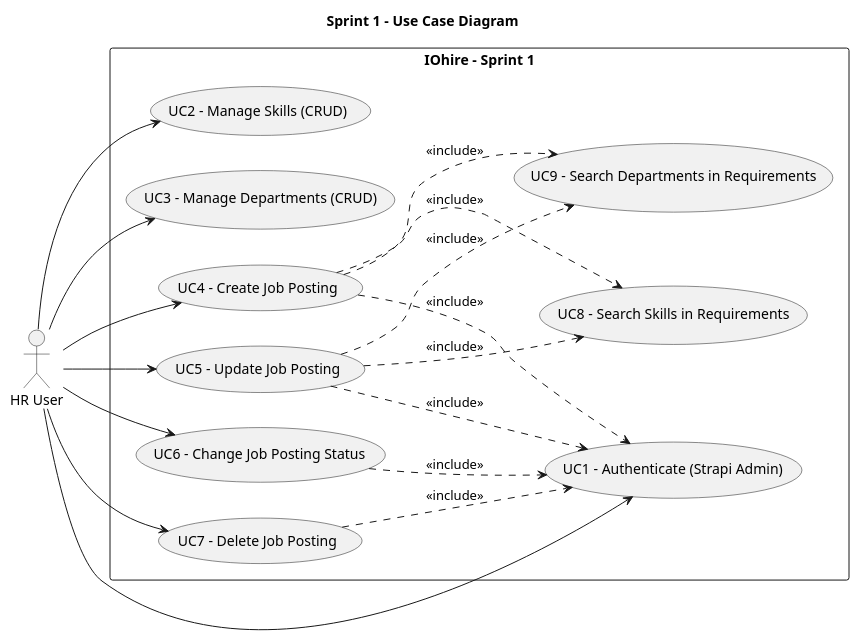
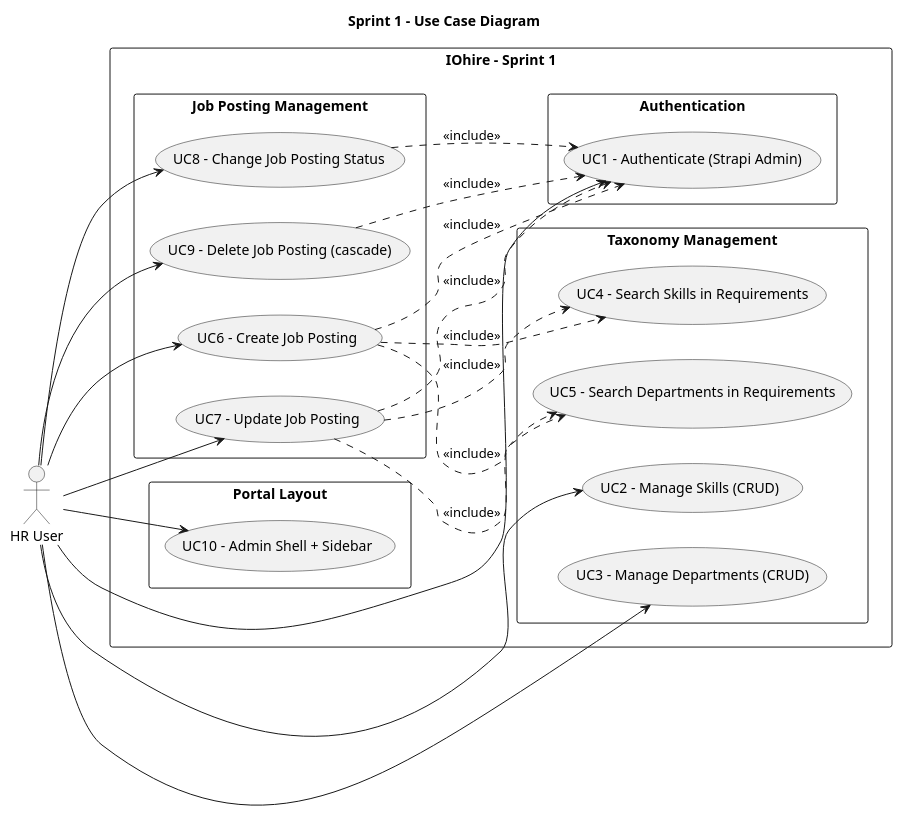
One commit to OussamaRhimi/IOhire changed the diagram in docs/uml/sprint1_usecase.puml. Above: the diagram before and after it, drawn with PlantUML. The commit also changed 25 other files, not shown here.

```diff
--- a/docs/uml/sprint1_usecase.puml
+++ b/docs/uml/sprint1_usecase.puml
@@ -1,38 +1,51 @@
 @startuml
 title Sprint 1 - Use Case Diagram
 left to right direction
 skinparam packageStyle rectangle
 skinparam shadowing false
 
 actor "HR User" as HR
 
 rectangle "IOhire - Sprint 1" {
-  usecase "UC1 - Authenticate (Strapi Admin)" as UC1
-  usecase "UC2 - Manage Skills (CRUD)" as UC2
-  usecase "UC3 - Manage Departments (CRUD)" as UC3
-  usecase "UC4 - Create Job Posting" as UC4
-  usecase "UC5 - Update Job Posting" as UC5
-  usecase "UC6 - Change Job Posting Status" as UC6
-  usecase "UC7 - Delete Job Posting" as UC7
-  usecase "UC8 - Search Skills in Requirements" as UC8
-  usecase "UC9 - Search Departments in Requirements" as UC9
+  package "Authentication" {
+    usecase "UC1 - Authenticate (Strapi Admin)" as UC1
+  }
+
+  package "Taxonomy Management" {
+    usecase "UC2 - Manage Skills (CRUD)" as UC2
+    usecase "UC3 - Manage Departments (CRUD)" as UC3
+    usecase "UC4 - Search Skills in Requirements" as UC4
+    usecase "UC5 - Search Departments in Requirements" as UC5
+  }
+
+  package "Job Posting Management" {
+    usecase "UC6 - Create Job Posting" as UC6
+    usecase "UC7 - Update Job Posting" as UC7
+    usecase "UC8 - Change Job Posting Status" as UC8
+    usecase "UC9 - Delete Job Posting (cascade)" as UC9
+  }
+
+  package "Portal Layout" {
+    usecase "UC10 - Admin Shell + Sidebar" as UC10
+  }
 }
 
 HR --> UC1
 HR --> UC2
 HR --> UC3
-HR --> UC4
-HR --> UC5
 HR --> UC6
 HR --> UC7
+HR --> UC8
+HR --> UC9
+HR --> UC10
 
-UC4 ..> UC1 : <<include>>
-UC4 ..> UC8 : <<include>>
-UC4 ..> UC9 : <<include>>
-UC5 ..> UC1 : <<include>>
-UC5 ..> UC8 : <<include>>
-UC5 ..> UC9 : <<include>>
 UC6 ..> UC1 : <<include>>
+UC6 ..> UC4 : <<include>>
+UC6 ..> UC5 : <<include>>
 UC7 ..> UC1 : <<include>>
+UC7 ..> UC4 : <<include>>
+UC7 ..> UC5 : <<include>>
+UC8 ..> UC1 : <<include>>
+UC9 ..> UC1 : <<include>>
 
 @enduml
```
